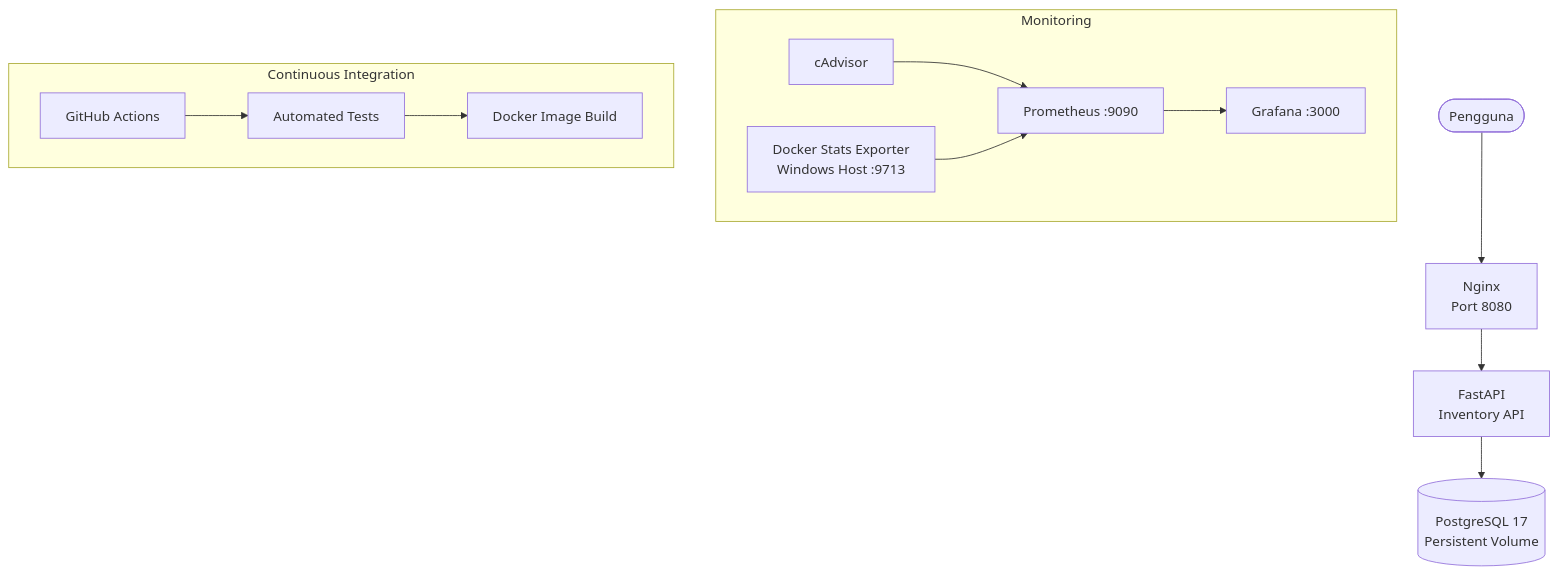
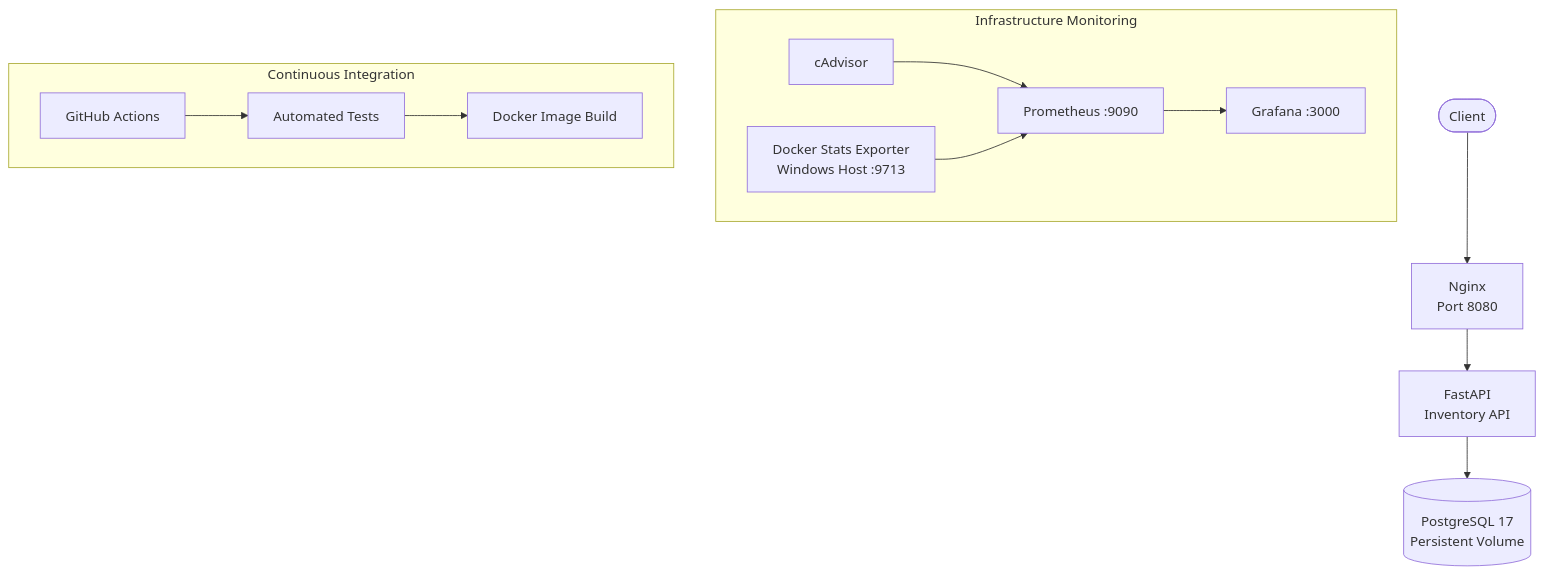
The diagram in README.md (defrisdoloksaribu/docker-multi-container-platform), drawn with Mermaid before and after one commit. The commit also changed other lines of this file, not shown here.

````diff
--- a/README.md
+++ b/README.md
@@ -28,28 +40,28 @@
 ```mermaid
 flowchart TB
-    U(["Pengguna"])
+    U(["Client"])
     N["Nginx<br/>Port 8080"]
     A["FastAPI<br/>Inventory API"]
     D[("PostgreSQL 17<br/>Persistent Volume")]
 
     U --> N --> A --> D
 
-    subgraph MON["Monitoring"]
+    subgraph MON["Infrastructure Monitoring"]
         C["cAdvisor"]
         E["Docker Stats Exporter<br/>Windows Host :9713"]
         P["Prometheus :9090"]
         G["Grafana :3000"]
 
         C --> P
         E --> P
         P --> G
     end
 
     subgraph CI["Continuous Integration"]
         H["GitHub Actions"]
         T["Automated Tests"]
         B["Docker Image Build"]
 
         H --> T --> B
     end
 ```
````
